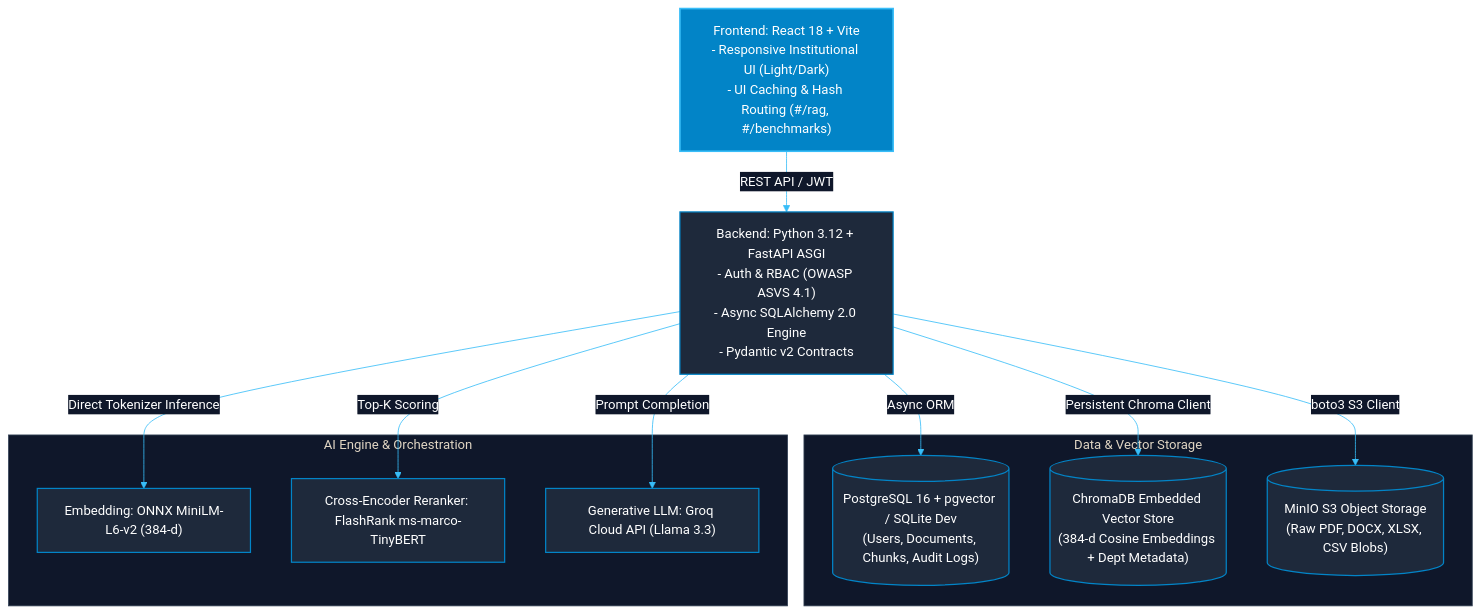
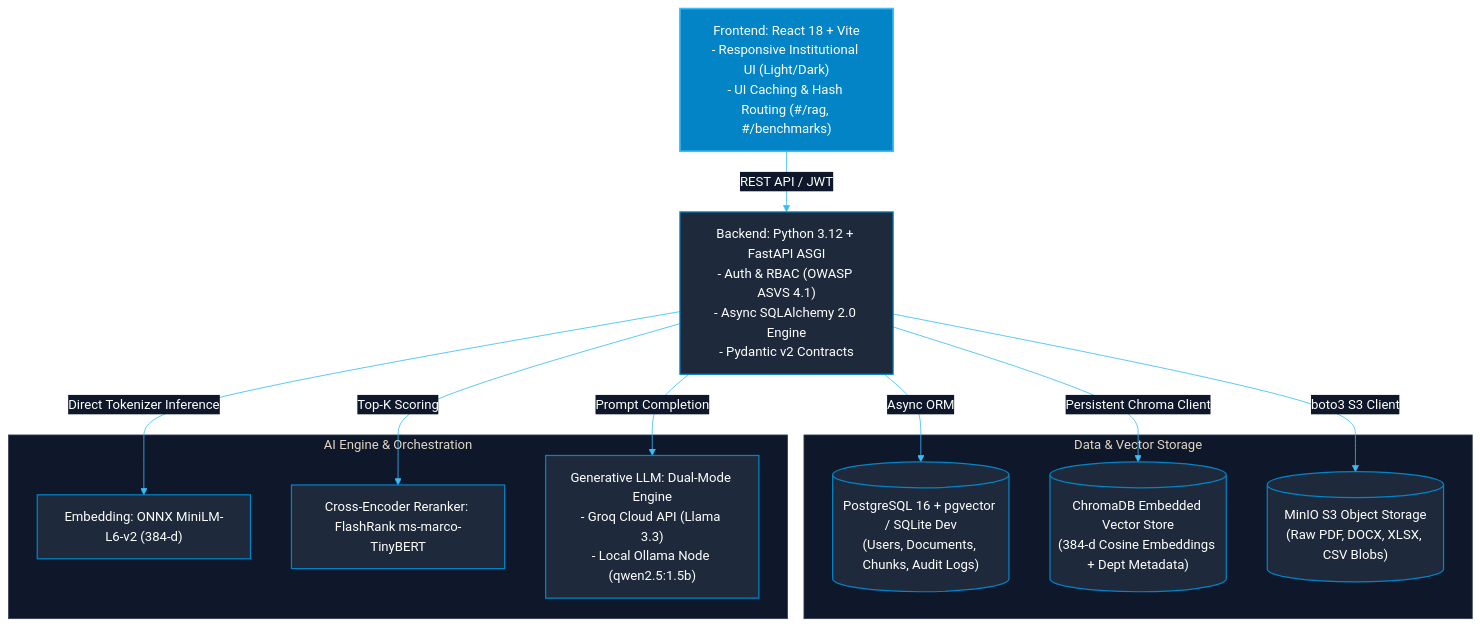
Before and after one commit to abhay-patil-cse27/concord-ikms: the first of 2 diagrams in docs/Tech_Stack.md, drawn with Mermaid. The commit also changed 13 other files, not shown here.

Commit message:
refactor(architecture): decompose onboarding & approval UI into reusable components, synchronize end-to-end documentation

````diff
--- a/docs/Tech_Stack.md
+++ b/docs/Tech_Stack.md
@@ -5,31 +5,31 @@
 ```mermaid
 %%{init: {'theme': 'base', 'themeVariables': { 'primaryColor': '#0284c7', 'primaryTextColor': '#ffffff', 'primaryBorderColor': '#0369a1', 'lineColor': '#38bdf8', 'secondaryColor': '#0f172a', 'tertiaryColor': '#1e293b', 'clusterBkg': '#0f172a', 'clusterBorder': '#334155', 'fontFamily': 'Inter, sans-serif'}}}%%
 graph TD
     Client["Frontend: React 18 + Vite<br/>- Responsive Institutional UI (Light/Dark)<br/>- UI Caching & Hash Routing (#/rag, #/benchmarks)"]
     
     API["Backend: Python 3.12 + FastAPI ASGI<br/>- Auth & RBAC (OWASP ASVS 4.1)<br/>- Async SQLAlchemy 2.0 Engine<br/>- Pydantic v2 Contracts"]
     
     subgraph Storage_Databases ["Data & Vector Storage"]
         PG[("PostgreSQL 16 + pgvector / SQLite Dev<br/>(Users, Documents, Chunks, Audit Logs)")]
         Chroma[("ChromaDB Embedded Vector Store<br/>(384-d Cosine Embeddings + Dept Metadata)")]
         MinIO[("MinIO S3 Object Storage<br/>(Raw PDF, DOCX, XLSX, CSV Blobs)")]
     end
     
     subgraph AI_Intelligence ["AI Engine & Orchestration"]
         Embed["Embedding: ONNX MiniLM-L6-v2 (384-d)"]
         Rerank["Cross-Encoder Reranker: FlashRank ms-marco-TinyBERT"]
-        LLM["Generative LLM: Groq Cloud API (Llama 3.3)"]
+        LLM["Generative LLM: Dual-Mode Engine<br/>- Groq Cloud API (Llama 3.3)<br/>- Local Ollama Node (qwen2.5:1.5b)"]
     end
 
     Client -->|REST API / JWT| API
     API -->|Async ORM| PG
     API -->|Persistent Chroma Client| Chroma
     API -->|boto3 S3 Client| MinIO
     API -->|Direct Tokenizer Inference| Embed
     API -->|Top-K Scoring| Rerank
     API -->|Prompt Completion| LLM
 
     classDef default fill:#1e293b,stroke:#0284c7,stroke-width:1.5px,color:#ffffff;
     classDef clientClass fill:#0284c7,stroke:#38bdf8,stroke-width:2px,color:#ffffff;
     class Client clientClass;
 ```
````
